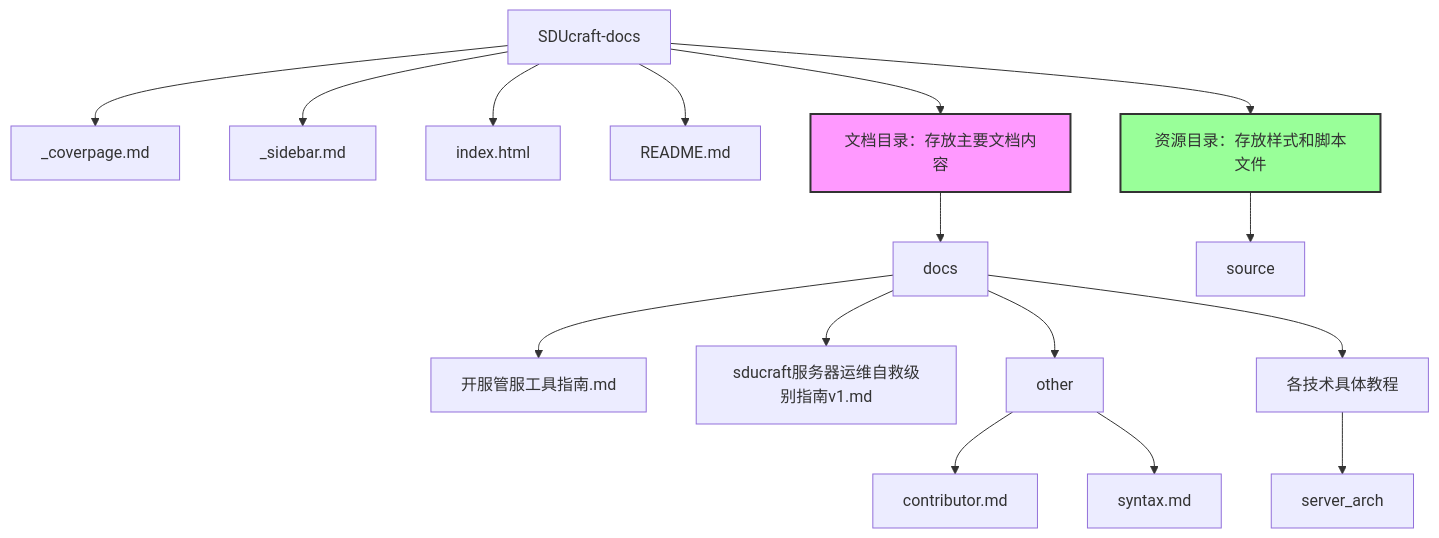
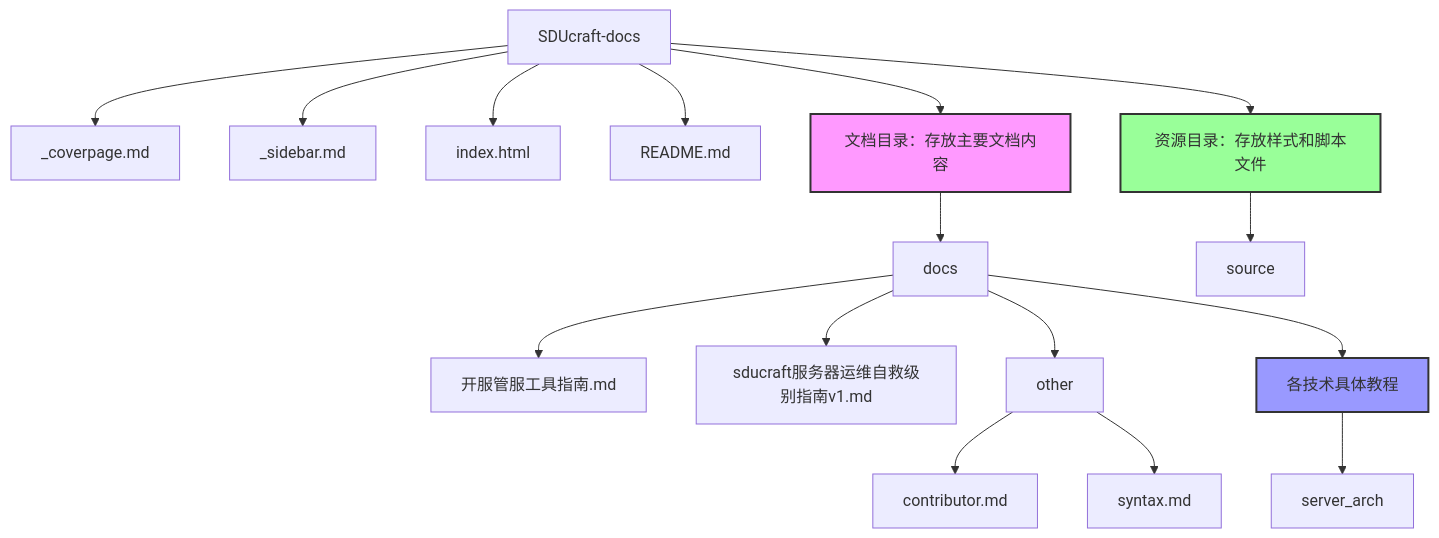
One commit to SheepXiu/SDUcraft-docs-sheepfork changed the diagram in README.md. Above: the diagram before and after it, drawn with Mermaid.

Commit message:
小图标补色

````diff
--- a/README.md
+++ b/README.md
@@ -27,26 +27,27 @@
 ```mermaid
 graph TD
     A[SDUcraft-docs] --> B[_coverpage.md]
     A --> C[_sidebar.md]
     A --> D[index.html]
     A --> E[README.md]
     A --> Note1[文档目录：存放主要文档内容]
     A --> Note2[资源目录：存放样式和脚本文件]
     
     Note1 --> F[docs]
     Note2 --> G[source]
 
     F --> F1[开服管服工具指南.md]
     F --> F2[sducraft服务器运维自救级别指南v1.md]
     F --> F3[other]
     F --> Note3[各技术具体教程]
 
     F3 --> F31[contributor.md]
     F3 --> F32[syntax.md]
 
     Note3 --> F4[server_arch]
 
     %% fancy
     style Note1 fill:#f9f,stroke:#333,stroke-width:2px
     style Note2 fill:#9f9,stroke:#333,stroke-width:2px
+    style Note3 fill:#99f,stroke:#333,stroke-width:2px
 ```
````
